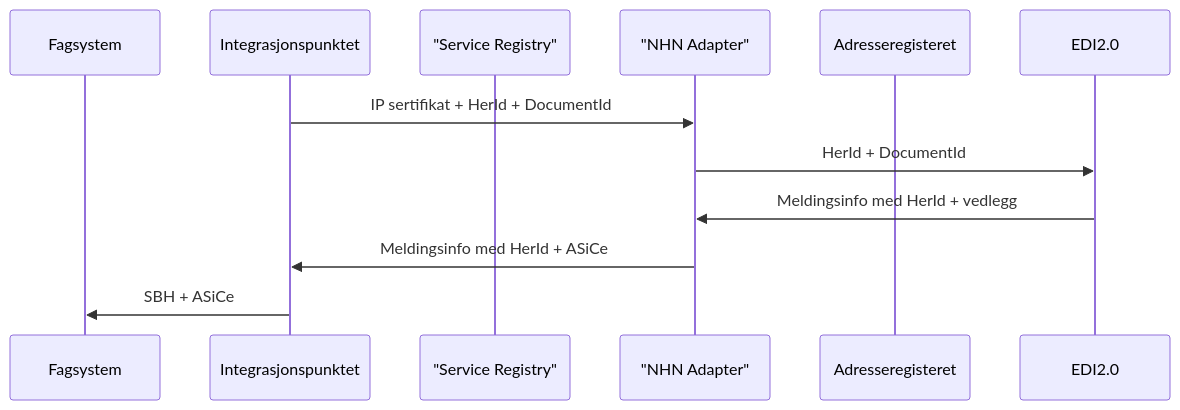
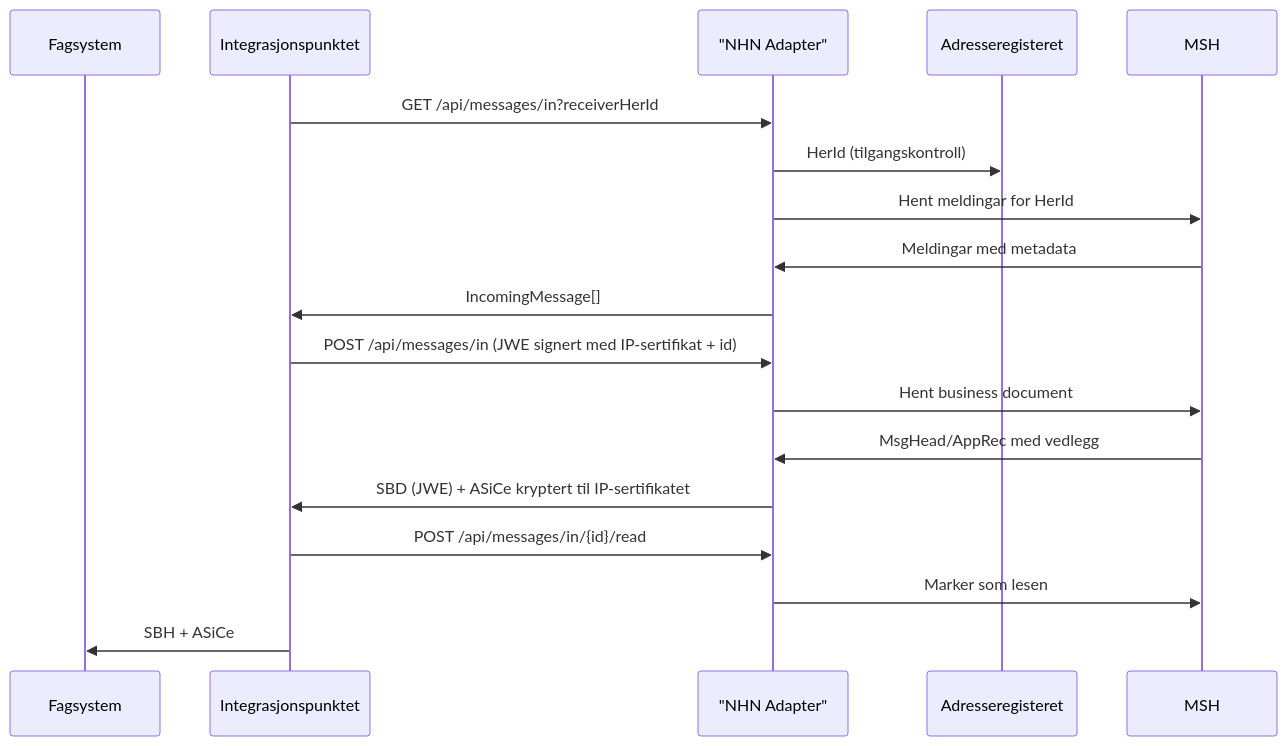
Before and after one commit to felleslosninger/efm-nhn-adapter: the fifth of 5 diagrams in README.md, drawn with Mermaid. The commit also changed other lines of this file and 4 other files, not shown here.

````diff
--- a/README.md
+++ b/README.md
@@ -129,14 +514,20 @@
 ```mermaid
 sequenceDiagram
     participant Fagsystem
     participant Integrasjonspunktet
-    participant "Service Registry"
     participant "NHN Adapter"
     participant Adresseregisteret
-    participant EDI2.0
-    Integrasjonspunktet ->> "NHN Adapter": IP sertifikat + HerId + DocumentId
-    "NHN Adapter" ->> EDI2.0: HerId + DocumentId
-    EDI2.0 ->> "NHN Adapter": Meldingsinfo med HerId + vedlegg
-    "NHN Adapter" ->> Integrasjonspunktet: Meldingsinfo med HerId + ASiCe
-    Integrasjonspunktet ->> Fagsystem: SBH + ASiCe 
+    participant MSH
+    Integrasjonspunktet ->> "NHN Adapter": GET /api/messages/in?receiverHerId
+    "NHN Adapter" ->> Adresseregisteret: HerId (tilgangskontroll)
+    "NHN Adapter" ->> MSH: Hent meldingar for HerId
+    MSH ->> "NHN Adapter": Meldingar med metadata
+    "NHN Adapter" ->> Integrasjonspunktet: IncomingMessage[]
+    Integrasjonspunktet ->> "NHN Adapter": POST /api/messages/in (JWE signert med IP-sertifikat + id)
+    "NHN Adapter" ->> MSH: Hent business document
+    MSH ->> "NHN Adapter": MsgHead/AppRec med vedlegg
+    "NHN Adapter" ->> Integrasjonspunktet: SBD (JWE) + ASiCe kryptert til IP-sertifikatet
+    Integrasjonspunktet ->> "NHN Adapter": POST /api/messages/in/{id}/read
+    "NHN Adapter" ->> MSH: Marker som lesen
+    Integrasjonspunktet ->> Fagsystem: SBH + ASiCe
 ```
````
